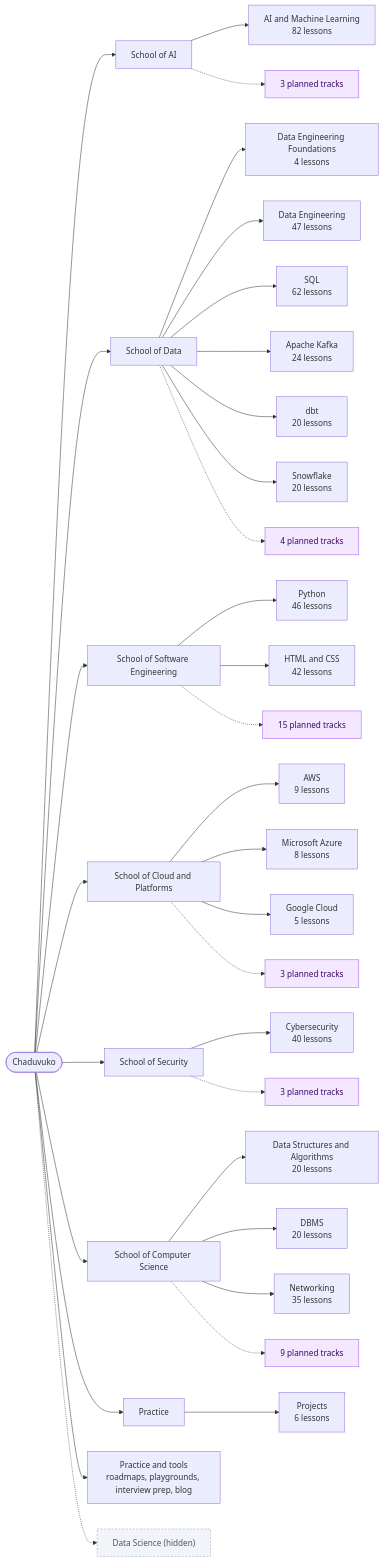
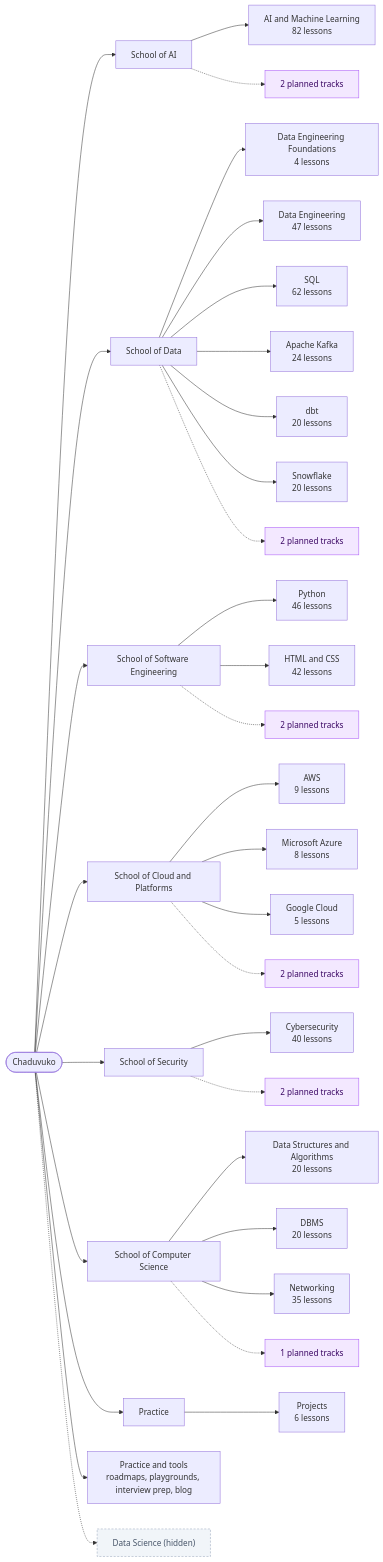
The diagram in docs/chaduvuko/SITE_MAP.md (Asil143/chaduvuko), drawn with Mermaid before and after one commit. The commit also changed other lines of this file and 5 other files, not shown here.

First line of the commit message:
Shelve 26 planned tracks that no career path uses

````diff
--- a/docs/chaduvuko/SITE_MAP.md
+++ b/docs/chaduvuko/SITE_MAP.md
@@ -25,38 +25,38 @@
 ```mermaid
 flowchart LR
   root(["Chaduvuko"])
   root --> area_ai["School of AI"]
   area_ai --> t_ai_ml["AI and Machine Learning<br/>82 lessons"]
-  area_ai -.-> p_ai["3 planned tracks"]:::planned
+  area_ai -.-> p_ai["2 planned tracks"]:::planned
   root --> area_data["School of Data"]
   area_data --> t_foundations["Data Engineering Foundations<br/>4 lessons"]
   area_data --> t_data_engineering["Data Engineering<br/>47 lessons"]
   area_data --> t_sql["SQL<br/>62 lessons"]
   area_data --> t_apache_kafka["Apache Kafka<br/>24 lessons"]
   area_data --> t_dbt["dbt<br/>20 lessons"]
   area_data --> t_snowflake["Snowflake<br/>20 lessons"]
-  area_data -.-> p_data["4 planned tracks"]:::planned
+  area_data -.-> p_data["2 planned tracks"]:::planned
   root --> area_programming["School of Software Engineering"]
   area_programming --> t_python["Python<br/>46 lessons"]
   area_programming --> t_html_css["HTML and CSS<br/>42 lessons"]
-  area_programming -.-> p_programming["15 planned tracks"]:::planned
+  area_programming -.-> p_programming["2 planned tracks"]:::planned
   root --> area_cloud["School of Cloud and Platforms"]
   area_cloud --> t_aws["AWS<br/>9 lessons"]
   area_cloud --> t_azure["Microsoft Azure<br/>8 lessons"]
   area_cloud --> t_gcp["Google Cloud<br/>5 lessons"]
-  area_cloud -.-> p_cloud["3 planned tracks"]:::planned
+  area_cloud -.-> p_cloud["2 planned tracks"]:::planned
   root --> area_security["School of Security"]
   area_security --> t_cybersecurity["Cybersecurity<br/>40 lessons"]
-  area_security -.-> p_security["3 planned tracks"]:::planned
+  area_security -.-> p_security["2 planned tracks"]:::planned
   root --> area_cs["School of Computer Science"]
   area_cs --> t_dsa["Data Structures and Algorithms<br/>20 lessons"]
   area_cs --> t_dbms["DBMS<br/>20 lessons"]
   area_cs --> t_networking["Networking<br/>35 lessons"]
-  area_cs -.-> p_cs["9 planned tracks"]:::planned
+  area_cs -.-> p_cs["1 planned tracks"]:::planned
   root --> area_practice["Practice"]
   area_practice --> t_projects["Projects<br/>6 lessons"]
   root --> practice["Practice and tools<br/>roadmaps, playgrounds, interview prep, blog"]
   root -.-> h_data_science["Data Science (hidden)"]:::hidden
   classDef planned fill:#f3e8ff,stroke:#a855f7,color:#3b0764
   classDef hidden fill:#f1f5f9,stroke:#94a3b8,color:#475569,stroke-dasharray: 4 3
 ```
````
